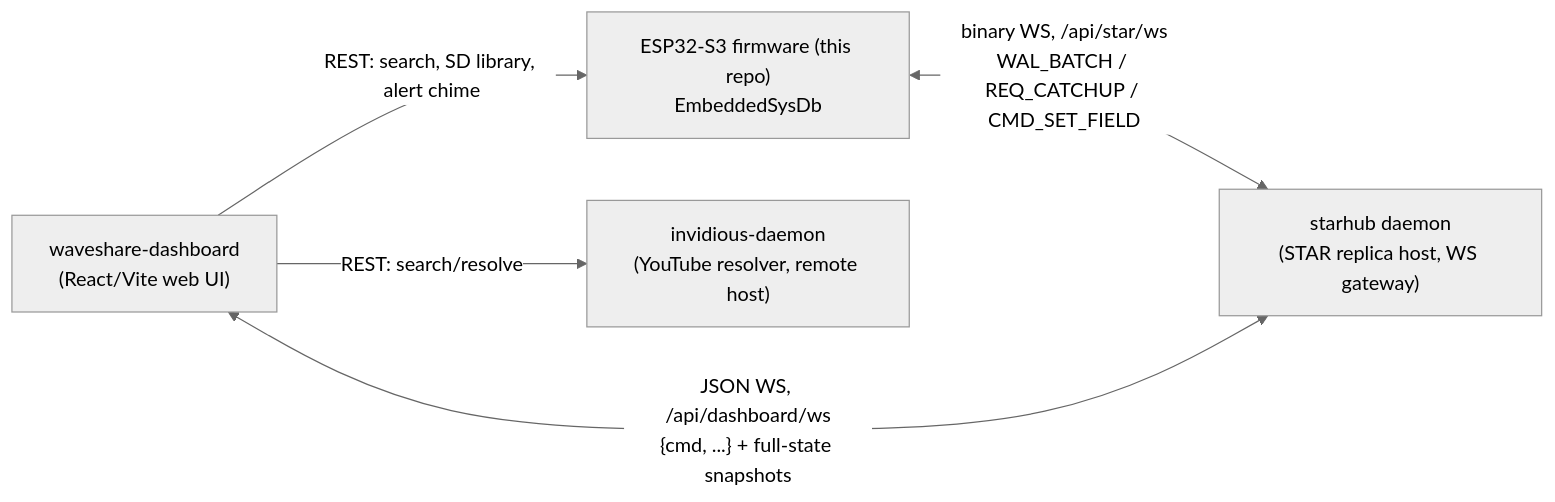
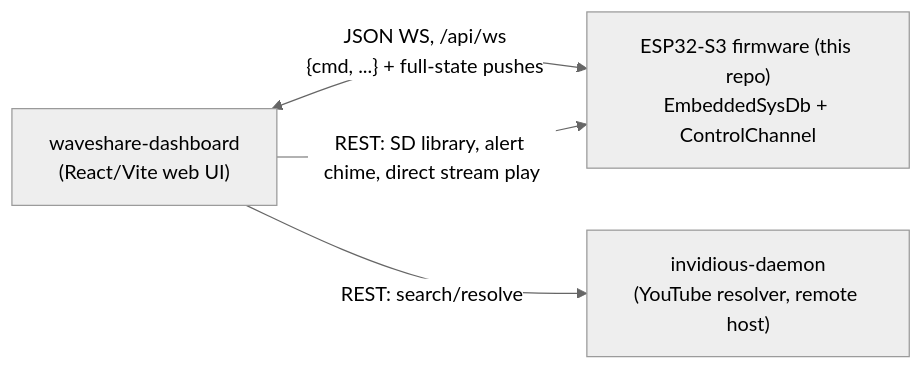
Before and after one commit to AnkitVats21/waveshare: the second of 2 diagrams in README.md, drawn with Mermaid (neutral theme). The commit also changed other lines of this file and 33 other files, not shown here.

First line of the commit message:
feat(network): replace STAR replication with an on-device /api/ws control channel

````diff
--- a/README.md
+++ b/README.md
@@ -121,12 +120,10 @@
 ```mermaid
 graph LR
-    FW["ESP32-S3 firmware (this repo)<br/>EmbeddedSysDb"]
-    Hub["starhub daemon<br/>(STAR replica host, WS gateway)"]
+    FW["ESP32-S3 firmware (this repo)<br/>EmbeddedSysDb + ControlChannel"]
     Dash["waveshare-dashboard<br/>(React/Vite web UI)"]
     Inv["invidious-daemon<br/>(YouTube resolver, remote host)"]
 
-    FW <-- "binary WS, /api/star/ws<br/>WAL_BATCH / REQ_CATCHUP / CMD_SET_FIELD" --> Hub
-    Dash <-- "JSON WS, /api/dashboard/ws<br/>{cmd, ...} + full-state snapshots" --> Hub
-    Dash -- "REST: search, SD library, alert chime" --> FW
+    Dash <-- "JSON WS, /api/ws<br/>{cmd, ...} + full-state pushes" --> FW
+    Dash -- "REST: SD library, alert chime, direct stream play" --> FW
     Dash -- "REST: search/resolve" --> Inv
 ```
````
